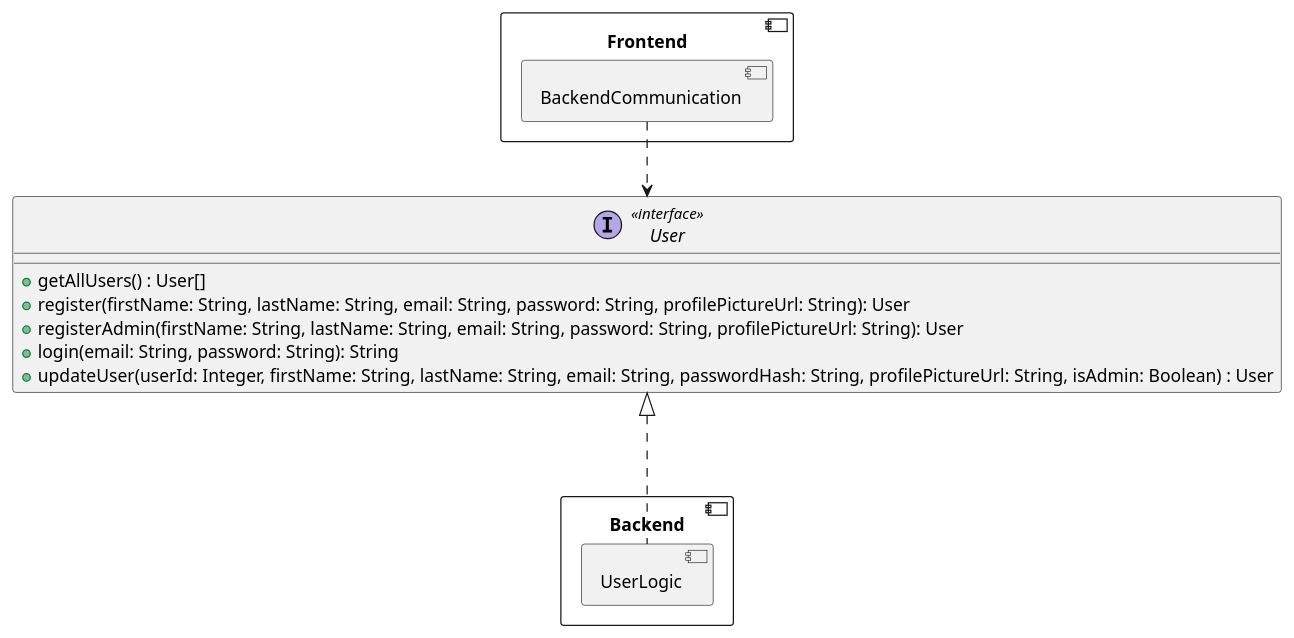
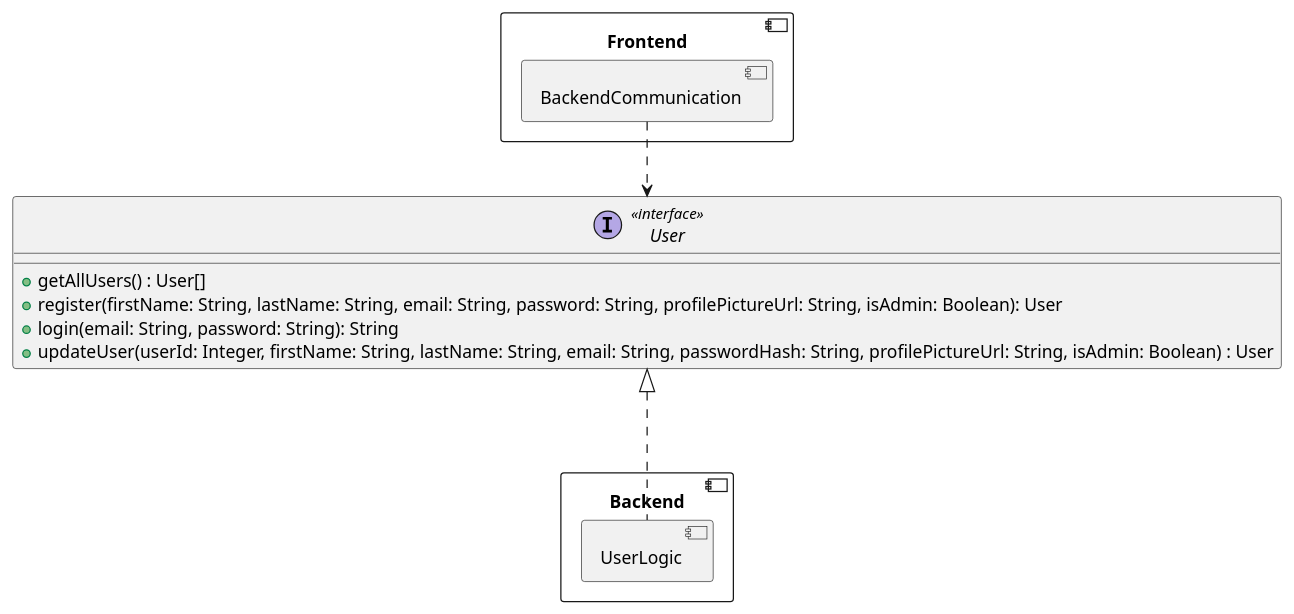
Before and after one commit to RadekBucki/OpinionCollectorArchitecture: the second of 7 diagrams in frontend/BackendCommunication.md, drawn with PlantUML. The commit also changed 1 other file, not shown here.

Commit message:
User diagram and some fixes

````diff
--- a/frontend/BackendCommunication.md
+++ b/frontend/BackendCommunication.md
@@ -49,25 +49,24 @@
 ```plantuml
 @startuml
 component Frontend {
     component BackendCommunication {
     }
 }
 
 component Backend {
     component UserLogic {
     }
 }
 
 interface User <<interface>> {
     + getAllUsers() : User[]
-    + register(firstName: String, lastName: String, email: String, password: String, profilePictureUrl: String): User
-    + registerAdmin(firstName: String, lastName: String, email: String, password: String, profilePictureUrl: String): User
+    + register(firstName: String, lastName: String, email: String, password: String, profilePictureUrl: String, isAdmin: Boolean): User
     + login(email: String, password: String): String
     + updateUser(userId: Integer, firstName: String, lastName: String, email: String, passwordHash: String, profilePictureUrl: String, isAdmin: Boolean) : User
 }
 
 BackendCommunication ..>   User
 User                 <|... UserLogic
 
 @enduml 
 ```
````
